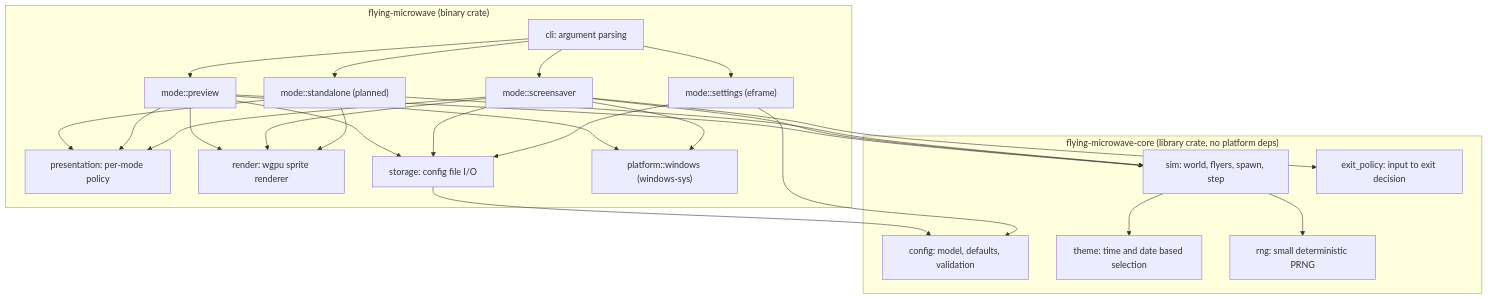
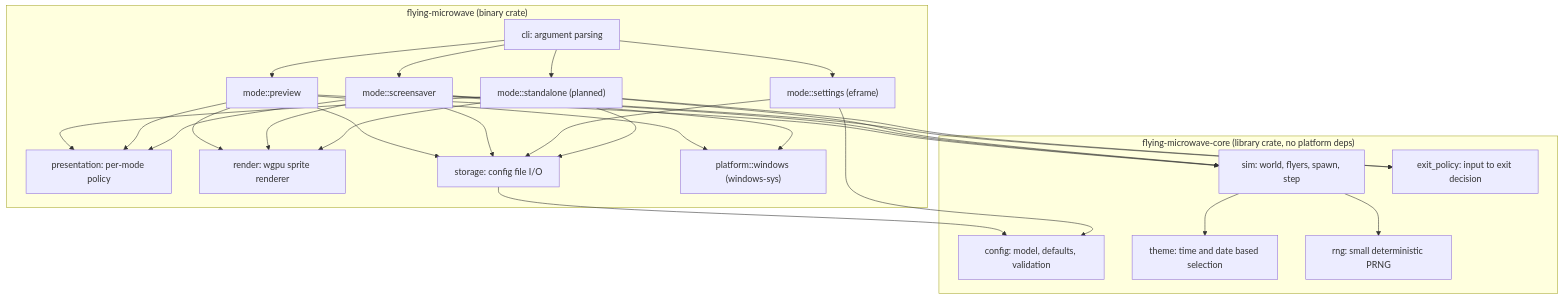
One commit to suchi/flying-microwave changed the first of 3 diagrams in docs/design/architecture.md. Above: the diagram before and after it, drawn with Mermaid. The commit also changed other lines of this file and 1 other file, not shown here.

Commit message:
docs: list open items for standalone mode
単独アプリとしての実行で実装時に決めること(ディスプレイのスリープの扱い、
全画面でのカーソル、対象モニタ、GPU初期化失敗時の動作、設定の書き込み)を
ADR-0012とアーキテクチャに記し、構成図に終了判定と設定ファイルへの依存を
追加した。

Claude-Session: https://claude.ai/code/session_01PfjZi3ZNiUaKYhy3YMJShz

````diff
--- a/docs/design/architecture.md
+++ b/docs/design/architecture.md
@@ -22,44 +22,46 @@
 ```mermaid
 flowchart TB
     subgraph app["flying-microwave (binary crate)"]
         cli["cli: argument parsing"]
         saver["mode::screensaver"]
         preview["mode::preview"]
         settingsui["mode::settings (eframe)"]
         standalone["mode::standalone (planned)"]
         policy["presentation: per-mode policy"]
         render["render: wgpu sprite renderer"]
         storage["storage: config file I/O"]
         platform["platform::windows (windows-sys)"]
     end
     subgraph core["flying-microwave-core (library crate, no platform deps)"]
         config["config: model, defaults, validation"]
         sim["sim: world, flyers, spawn, step"]
         theme["theme: time and date based selection"]
         exitpolicy["exit_policy: input to exit decision"]
         rng["rng: small deterministic PRNG"]
     end
     cli --> saver
     cli --> preview
     cli --> settingsui
     cli --> standalone
     saver --> policy
     preview --> policy
     standalone --> policy
     standalone --> sim
     standalone --> render
+    standalone --> exitpolicy
+    standalone --> storage
     saver --> sim
     saver --> exitpolicy
     saver --> render
     saver --> platform
     preview --> sim
     preview --> render
     preview --> platform
     settingsui --> config
     settingsui --> storage
     saver --> storage
     preview --> storage
     storage --> config
     sim --> theme
     sim --> rng
 ```
````
